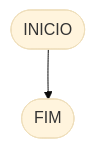
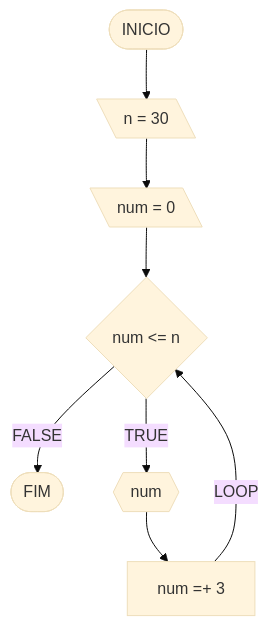
The fourth of 6 diagrams in RaciocinioLogicoAlgoritmico/lista_exercicios3.md (majuss8/ads-unifor), drawn with Mermaid (base theme) before and after one commit. The commit also changed other lines of this file, not shown here.

````diff
--- a/RaciocinioLogicoAlgoritmico/lista_exercicios3.md
+++ b/RaciocinioLogicoAlgoritmico/lista_exercicios3.md
@@ -178,4 +146,10 @@
 ```mermaid
 flowchart TD
-A([INICIO]) --> B([FIM])
+A([INICIO]) --> B[\n = 30\]
+B --> C[\num = 0\]
+C --> D{num <= n}
+D --FALSE--> E([FIM])
+D --TRUE--> F{{num}}
+F --> H[num =+ 3]
+H --LOOP--> D
 ```
````
